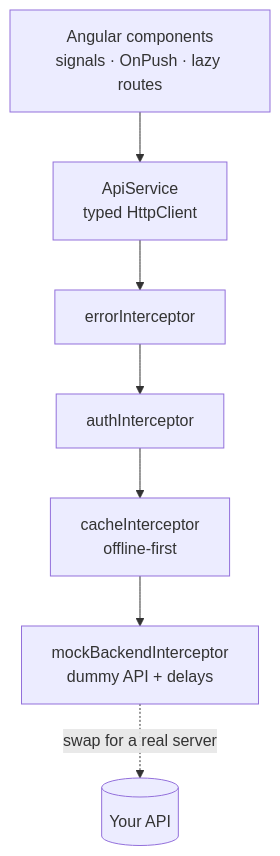
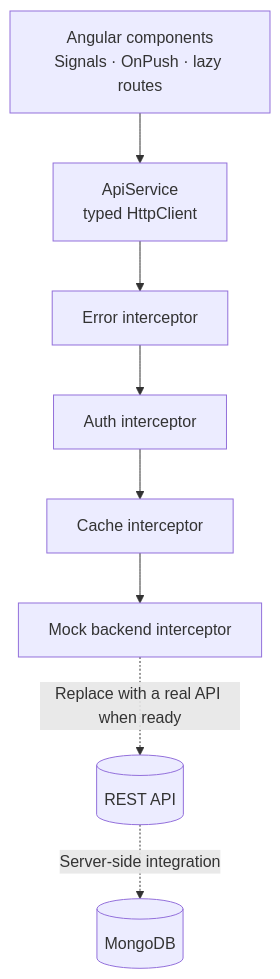
Before and after one commit to saivaibhavtamiri1306/TrustVault-Core-Software-Intern-position-at-NSQTech-Private-Limited-: the second of 2 diagrams in README.md, drawn with Mermaid. The commit also changed other lines of this file, not shown here.

````diff
--- a/README.md
+++ b/README.md
@@ -102,9 +149,10 @@
 ```mermaid
 flowchart TB
-    UI[Angular components<br/>signals · OnPush · lazy routes] --> SVC[ApiService<br/>typed HttpClient]
-    SVC --> I1[errorInterceptor]
-    I1 --> I2[authInterceptor]
-    I2 --> I3[cacheInterceptor<br/>offline-first]
-    I3 --> I4[mockBackendInterceptor<br/>dummy API + delays]
-    I4 -.swap for a real server.-> NET[(Your API)]
+    UI["Angular components<br/>Signals · OnPush · lazy routes"] --> SVC["ApiService<br/>typed HttpClient"]
+    SVC --> ERR["Error interceptor"]
+    ERR --> AUTH["Auth interceptor"]
+    AUTH --> CACHE["Cache interceptor"]
+    CACHE --> MOCK["Mock backend interceptor"]
+    MOCK -. "Replace with a real API when ready" .-> API[("REST API")]
+    API -. "Server-side integration" .-> DB[("MongoDB")]
 ```
````
